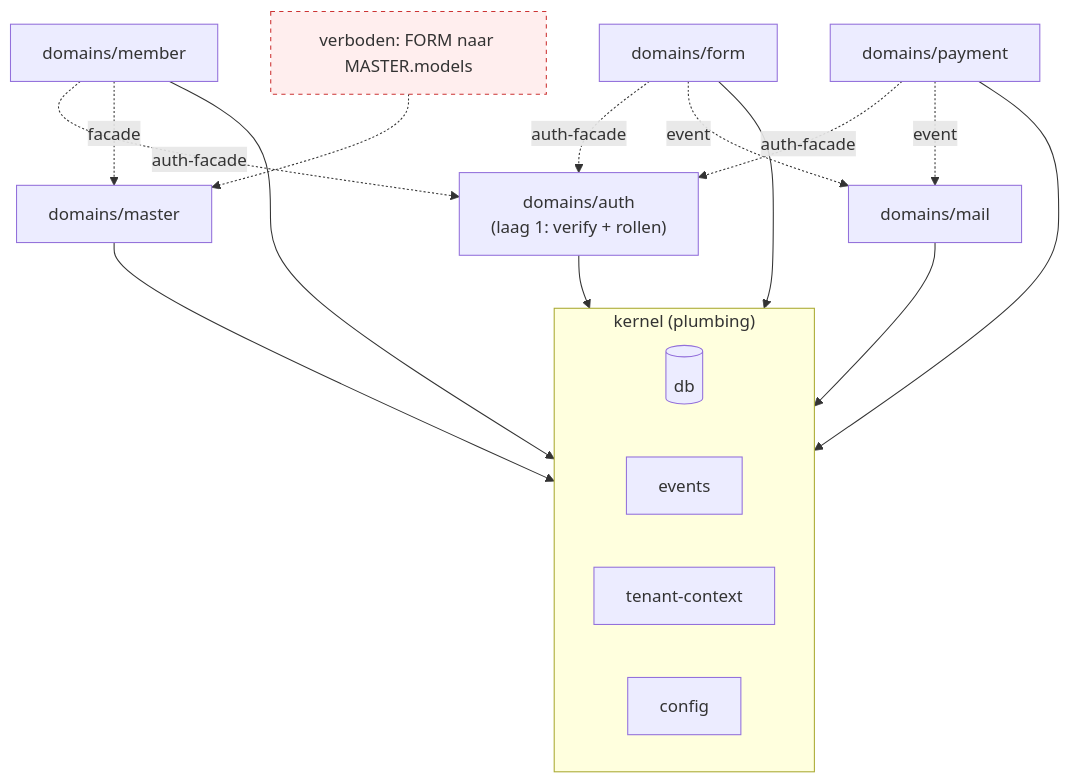
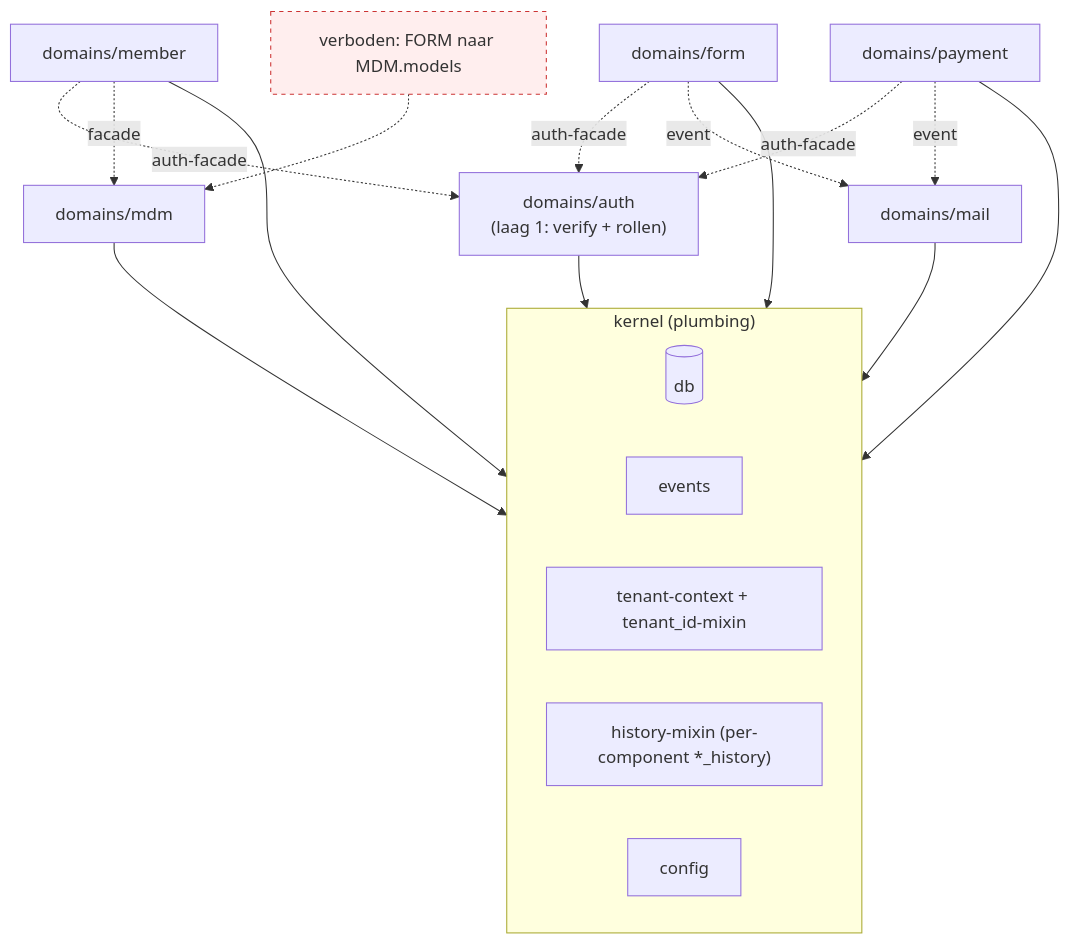
The seventh of 10 diagrams in docs/intermediate-architecture-upgrade-v1.md (KoenRenders/KoenTest), drawn with Mermaid before and after one commit. The commit also changed other lines of this file, not shown here.

First line of the commit message:
docs: architecture v1 — componenten scherpgesteld + master→MDM

````diff
--- a/docs/intermediate-architecture-upgrade-v1.md
+++ b/docs/intermediate-architecture-upgrade-v1.md
@@ -369,33 +471,34 @@
 ```mermaid
 flowchart TB
   subgraph K["kernel (plumbing)"]
     KDB[(db)]
     KEV[events]
-    KTEN[tenant-context]
+    KTEN["tenant-context + tenant_id-mixin"]
+    KHIST["history-mixin (per-component *_history)"]
     KCFG[config]
   end
 
   AUTH["domains/auth<br/>(laag 1: verify + rollen)"]
-  MASTER[domains/master]
+  MASTER[domains/mdm]
   FORM[domains/form]
   PAY[domains/payment]
   MAIL[domains/mail]
   MEMBER[domains/member]
 
   AUTH --> K
   MASTER --> K
   FORM --> K
   PAY --> K
   MAIL --> K
   MEMBER --> K
 
   MEMBER -.->|auth-facade| AUTH
   FORM -.->|auth-facade| AUTH
   PAY -.->|auth-facade| AUTH
   MEMBER -.->|facade| MASTER
   PAY -.->|event| MAIL
   FORM -.->|event| MAIL
 
-  X1["verboden: FORM naar MASTER.models"]:::bad -.-> MASTER
+  X1["verboden: FORM naar MDM.models"]:::bad -.-> MASTER
   classDef bad fill:#fee,stroke:#c33,stroke-dasharray:4;
 ```
````
